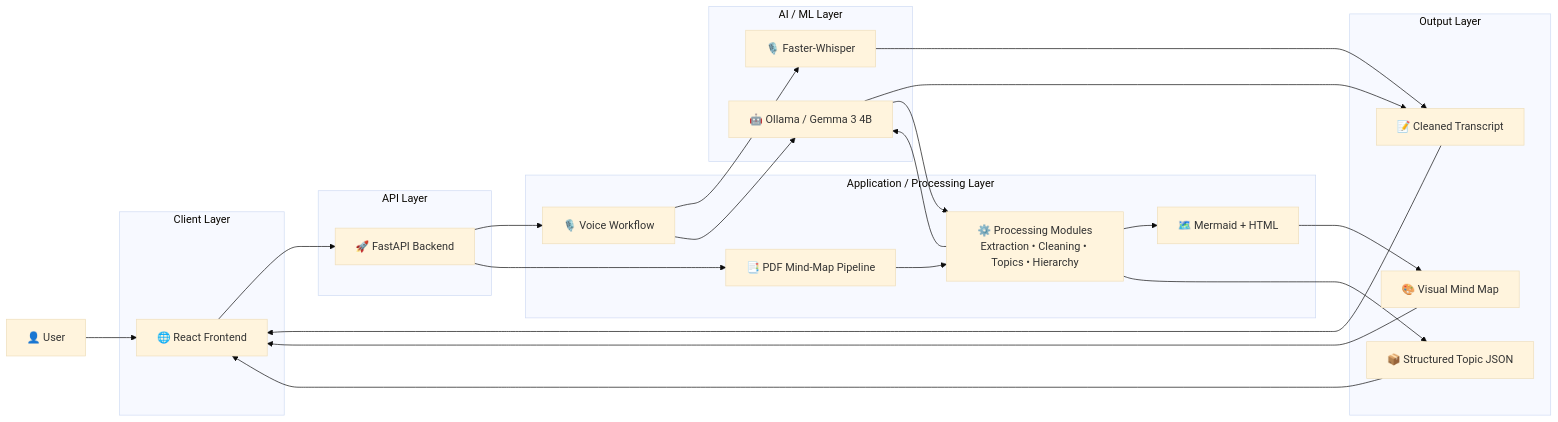
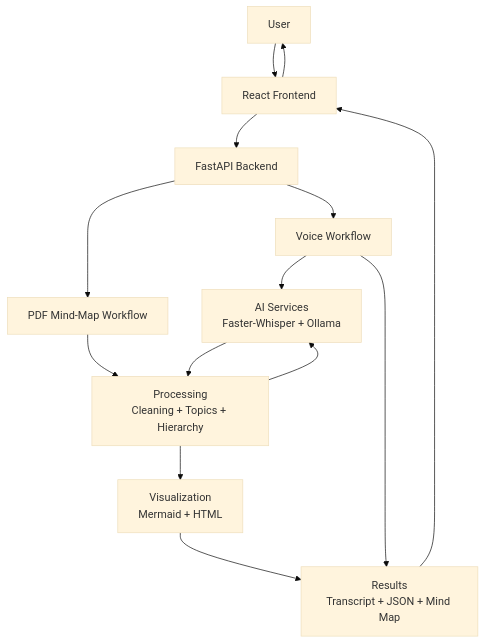
One commit to Bhumika767/ai-transcript-mindmap changed the sixth of 6 diagrams in DIAGRAMS.md. Above: the diagram before and after it, drawn with Mermaid (base theme). The commit also changed other lines of this file, not shown here.

Commit message:
Refactor diagrams for clarity and consistency

````diff
--- a/DIAGRAMS.md
+++ b/DIAGRAMS.md
@@ -306,55 +250,41 @@
 ```mermaid
-flowchart LR
+flowchart TD
 
-    User["👤 User"]
+    User["User"]
 
-    subgraph Client["Client Layer"]
-        Frontend["🌐 React Frontend"]
-    end
+    Frontend["React Frontend"]
 
-    subgraph API["API Layer"]
-        Backend["🚀 FastAPI Backend"]
-    end
+    Backend["FastAPI Backend"]
 
-    subgraph Application["Application / Processing Layer"]
-        Voice["🎙️ Voice Workflow"]
-        PDFPipeline["📑 PDF Mind-Map Pipeline"]
-        Processing["⚙️ Processing Modules<br/>Extraction • Cleaning • Topics • Hierarchy"]
-        Visualization["🗺️ Mermaid + HTML"]
-    end
+    Voice["Voice Workflow"]
 
-    subgraph AI["AI / ML Layer"]
-        Whisper["🎙️ Faster-Whisper"]
-        Ollama["🤖 Ollama / Gemma 3 4B"]
-    end
+    PDF["PDF Mind-Map Workflow"]
 
-    subgraph Output["Output Layer"]
-        Transcript["📝 Cleaned Transcript"]
-        JSON["📦 Structured Topic JSON"]
-        MindMap["🎨 Visual Mind Map"]
-    end
+    AI["AI Services<br/>Faster-Whisper + Ollama"]
+
+    Processing["Processing<br/>Cleaning + Topics + Hierarchy"]
+
+    Visualization["Visualization<br/>Mermaid + HTML"]
+
+    Results["Results<br/>Transcript + JSON + Mind Map"]
 
     User --> Frontend
     Frontend --> Backend
 
     Backend --> Voice
-    Backend --> PDFPipeline
+    Backend --> PDF
 
-    Voice --> Whisper
-    Whisper --> Transcript
+    Voice --> AI
+    PDF --> Processing
 
-    Voice --> Ollama
-    Ollama --> Transcript
-
-    PDFPipeline --> Processing
-    Processing --> Ollama
-    Ollama --> Processing
+    Processing --> AI
+    AI --> Processing
 
     Processing --> Visualization
-    Visualization --> MindMap
-    Processing --> JSON
+    Visualization --> Results
 
-    Transcript --> Frontend
-    JSON --> Frontend
-    MindMap --> Frontend
+    Voice --> Results
+
+    Results --> Frontend
+    Frontend --> User
 ```
````
